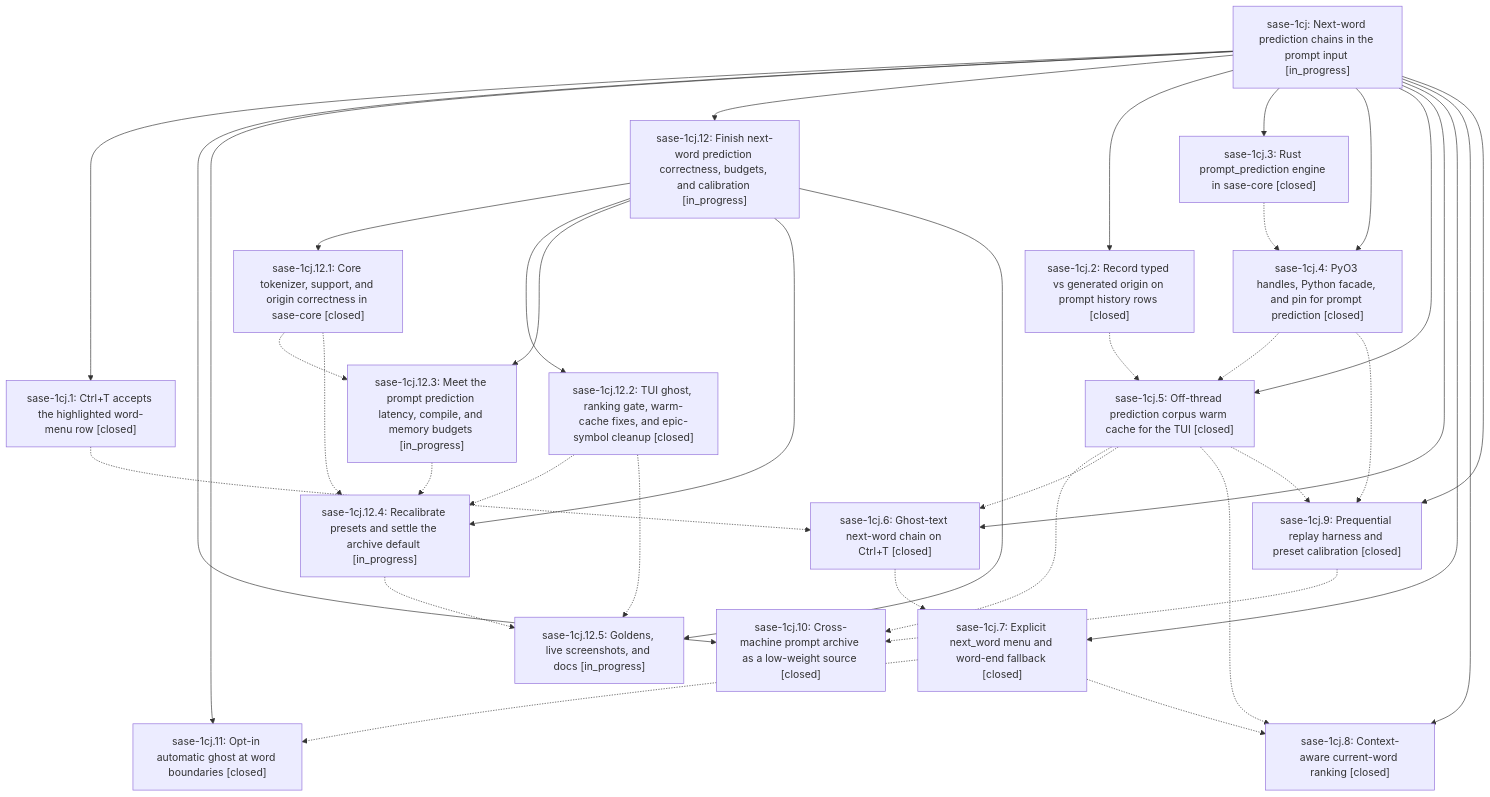
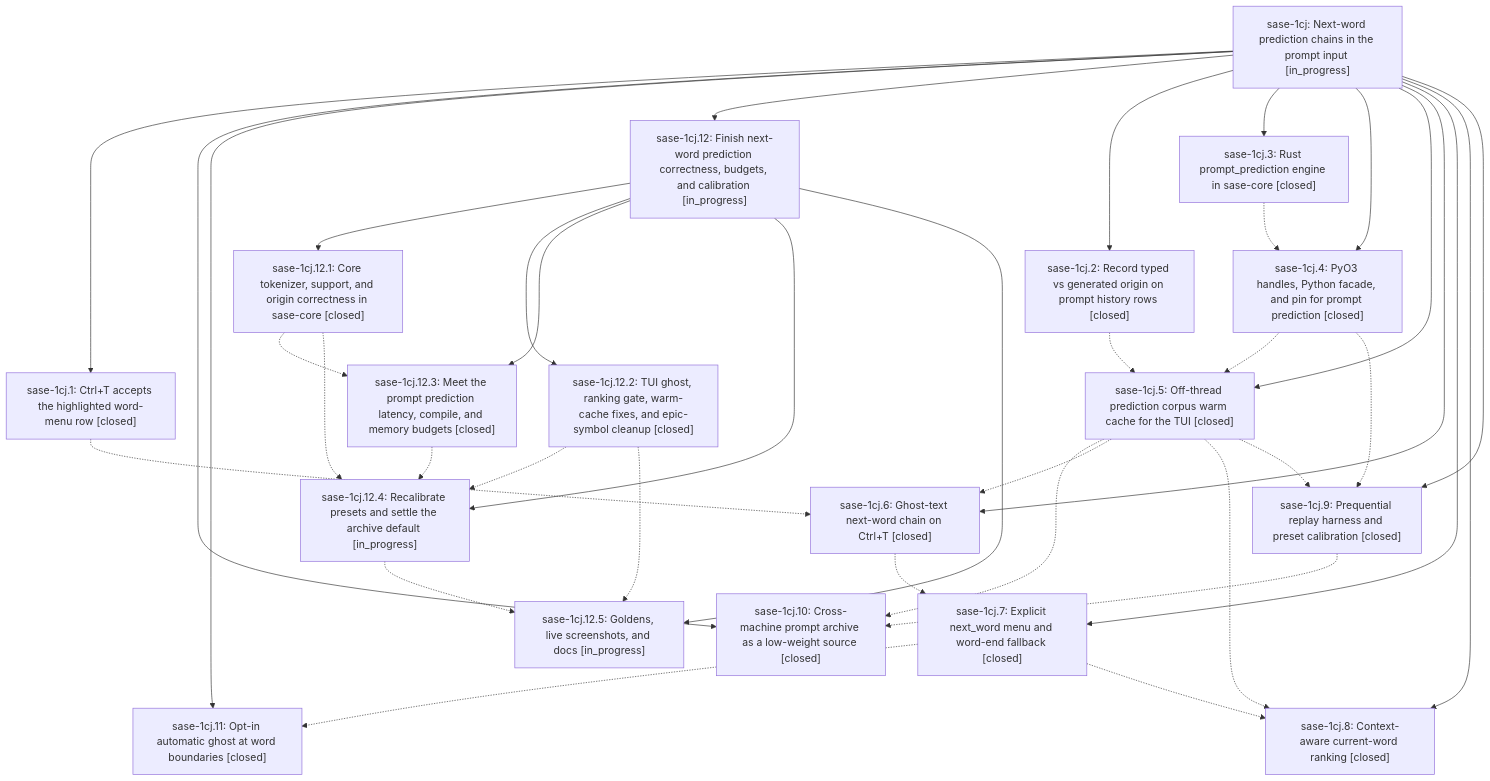
The diagram in pages/sase-1cj/README.md (sase-org/sase--beads), drawn with Mermaid before and after one commit. The commit also changed other lines of this file and 4 other files, not shown here.

````diff
--- a/pages/sase-1cj/README.md
+++ b/pages/sase-1cj/README.md
@@ -52,57 +52,57 @@
 ```mermaid
 flowchart TD
     n0["sase-1cj: Next-word prediction chains in the prompt input [in_progress]"]
     n1["sase-1cj.1: Ctrl+T accepts the highlighted word-menu row [closed]"]
     n2["sase-1cj.10: Cross-machine prompt archive as a low-weight source [closed]"]
     n3["sase-1cj.11: Opt-in automatic ghost at word boundaries [closed]"]
     n4["sase-1cj.12: Finish next-word prediction correctness, budgets, and calibration [in_progress]"]
     n5["sase-1cj.12.1: Core tokenizer, support, and origin correctness in sase-core [closed]"]
     n6["sase-1cj.12.2: TUI ghost, ranking gate, warm-cache fixes, and epic-symbol cleanup [closed]"]
-    n7["sase-1cj.12.3: Meet the prompt prediction latency, compile, and memory budgets [in_progress]"]
+    n7["sase-1cj.12.3: Meet the prompt prediction latency, compile, and memory budgets [closed]"]
     n8["sase-1cj.12.4: Recalibrate presets and settle the archive default [in_progress]"]
     n9["sase-1cj.12.5: Goldens, live screenshots, and docs [in_progress]"]
     n10["sase-1cj.2: Record typed vs generated origin on prompt history rows [closed]"]
     n11["sase-1cj.3: Rust prompt_prediction engine in sase-core [closed]"]
     n12["sase-1cj.4: PyO3 handles, Python facade, and pin for prompt prediction [closed]"]
     n13["sase-1cj.5: Off-thread prediction corpus warm cache for the TUI [closed]"]
     n14["sase-1cj.6: Ghost-text next-word chain on Ctrl+T [closed]"]
     n15["sase-1cj.7: Explicit next_word menu and word-end fallback [closed]"]
     n16["sase-1cj.8: Context-aware current-word ranking [closed]"]
     n17["sase-1cj.9: Prequential replay harness and preset calibration [closed]"]
     n0 --> n1
     n0 --> n2
     n0 --> n3
     n0 --> n4
     n4 --> n5
     n4 --> n6
     n4 --> n7
     n4 --> n8
     n4 --> n9
     n0 --> n10
     n0 --> n11
     n0 --> n12
     n0 --> n13
     n0 --> n14
     n0 --> n15
     n0 --> n16
     n0 --> n17
     n1 -.-> n14
     n5 -.-> n7
     n5 -.-> n8
     n6 -.-> n8
     n6 -.-> n9
     n7 -.-> n8
     n8 -.-> n9
     n10 -.-> n13
     n11 -.-> n12
     n12 -.-> n13
     n12 -.-> n17
     n13 -.-> n2
     n13 -.-> n14
     n13 -.-> n16
     n13 -.-> n17
     n14 -.-> n15
     n15 -.-> n3
     n15 -.-> n16
     n17 -.-> n2
 ```
````
